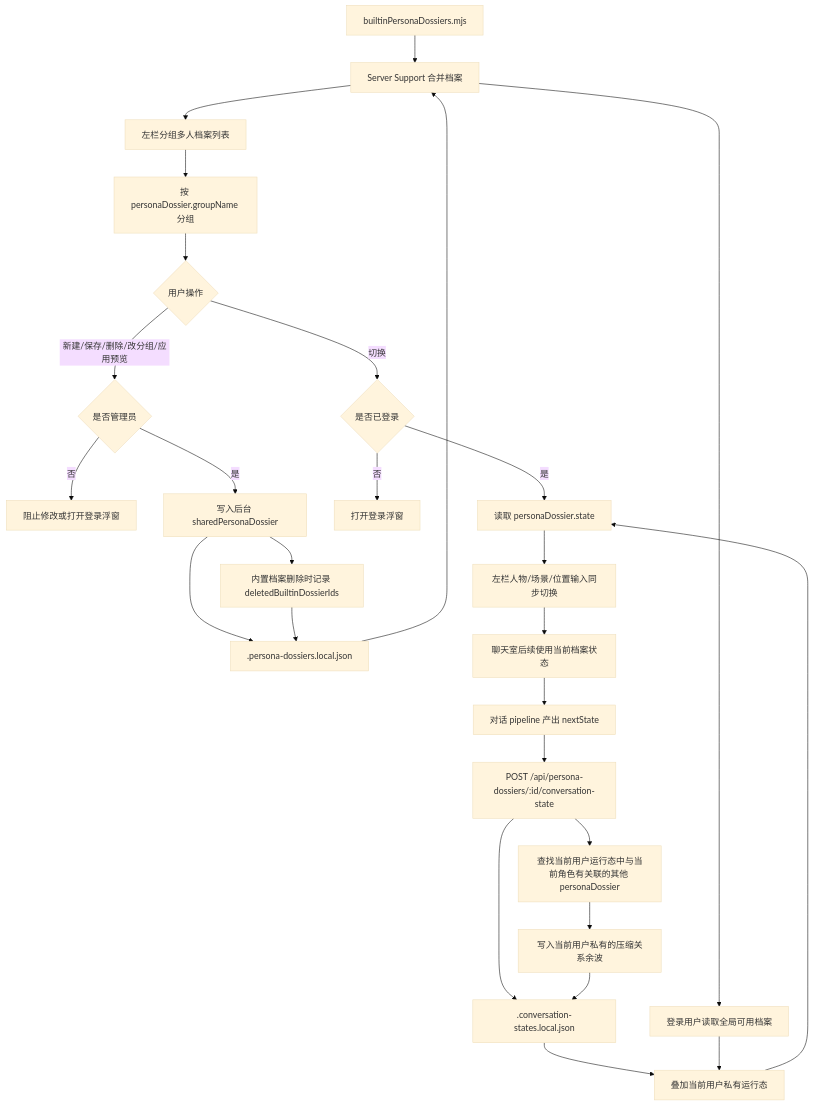
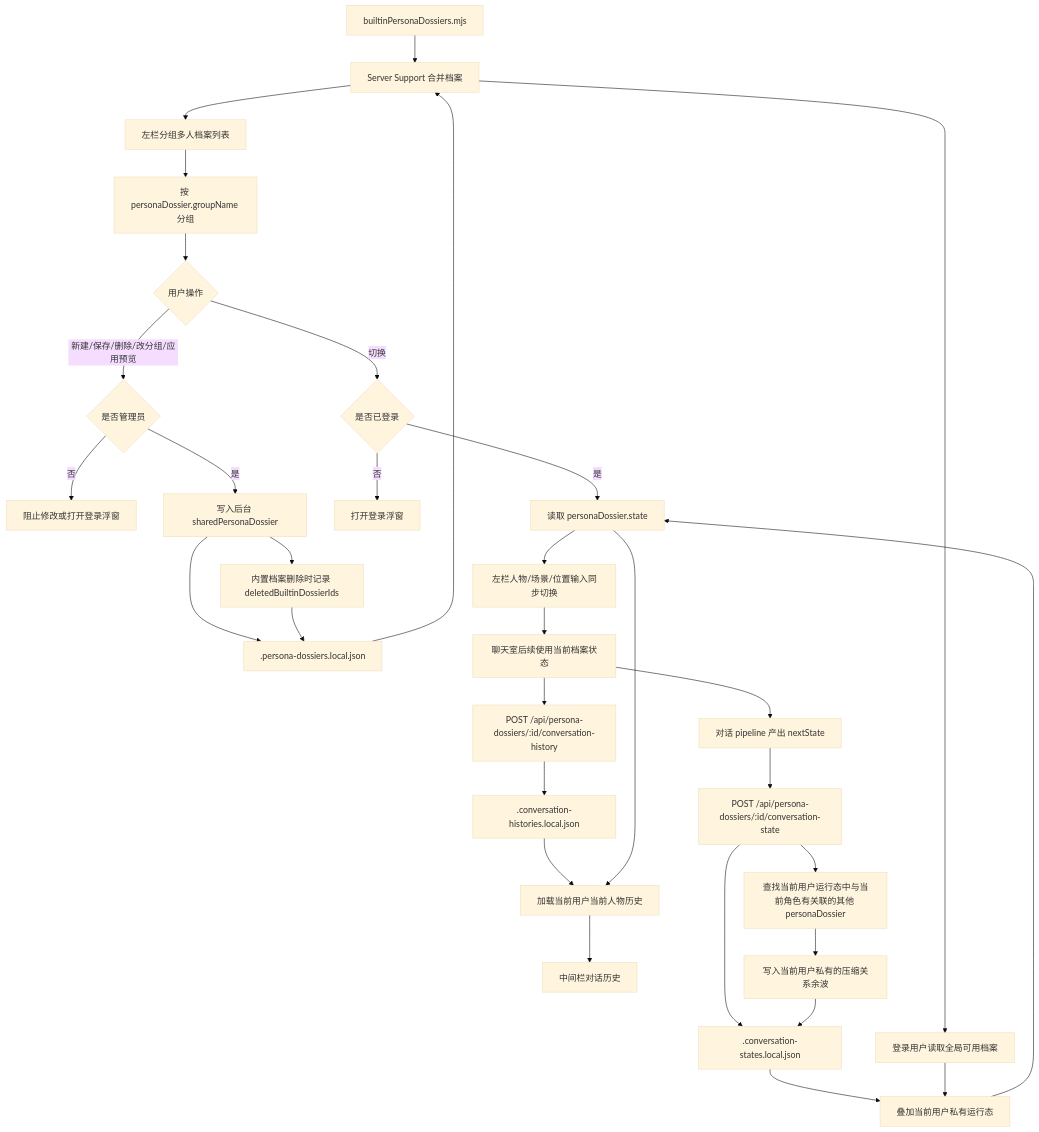
The ninth of 31 diagrams in docs/SYSTEM_FLOW.md (ttmanthatman/virtual-human-flow), drawn with Mermaid (base theme) before and after one commit. The commit also changed other lines of this file and 11 other files, not shown here.

Commit message:
fix: persist persona message history

````diff
--- a/docs/SYSTEM_FLOW.md
+++ b/docs/SYSTEM_FLOW.md
@@ -217,29 +217,34 @@
 ```mermaid
 flowchart TD
     BUILTIN[builtinPersonaDossiers.mjs] --> MERGE[Server Support 合并档案]
     STORE[.persona-dossiers.local.json] --> MERGE
     MERGE --> A[左栏分组多人档案列表]
     A --> GROUP[按 personaDossier.groupName 分组]
     GROUP --> B{用户操作}
     B -- 新建/保存/删除/改分组/应用预览 --> ADMIN{是否管理员}
     ADMIN -- 否 --> BLOCK[阻止修改或打开登录浮窗]
     ADMIN -- 是 --> C[写入后台 sharedPersonaDossier]
     B -- 切换 --> LOGIN{是否已登录}
     LOGIN -- 否 --> POP[打开登录浮窗]
     LOGIN -- 是 --> D[读取 personaDossier.state]
     C --> STORE
     C --> TOMBSTONE[内置档案删除时记录 deletedBuiltinDossierIds]
     TOMBSTONE --> STORE
     USERSTORE[.conversation-states.local.json] --> OVERLAY[叠加当前用户私有运行态]
+    HISTSTORE[.conversation-histories.local.json] --> CHATLOAD[加载当前用户当前人物历史]
     MERGE --> READ[登录用户读取全局可用档案]
     READ --> OVERLAY
     OVERLAY --> D
     D --> H[左栏人物/场景/位置输入同步切换]
+    D --> CHATLOAD
+    CHATLOAD --> CHATUI[中间栏对话历史]
     H --> I[聊天室后续使用当前档案状态]
     I --> J[对话 pipeline 产出 nextState]
+    I --> SAVEHIST[POST /api/persona-dossiers/:id/conversation-history]
+    SAVEHIST --> HISTSTORE
     J --> K[POST /api/persona-dossiers/:id/conversation-state]
     K --> USERSTORE
     K --> R[查找当前用户运行态中与当前角色有关联的其他 personaDossier]
     R --> N[写入当前用户私有的压缩关系余波]
     N --> USERSTORE
 ```
````
